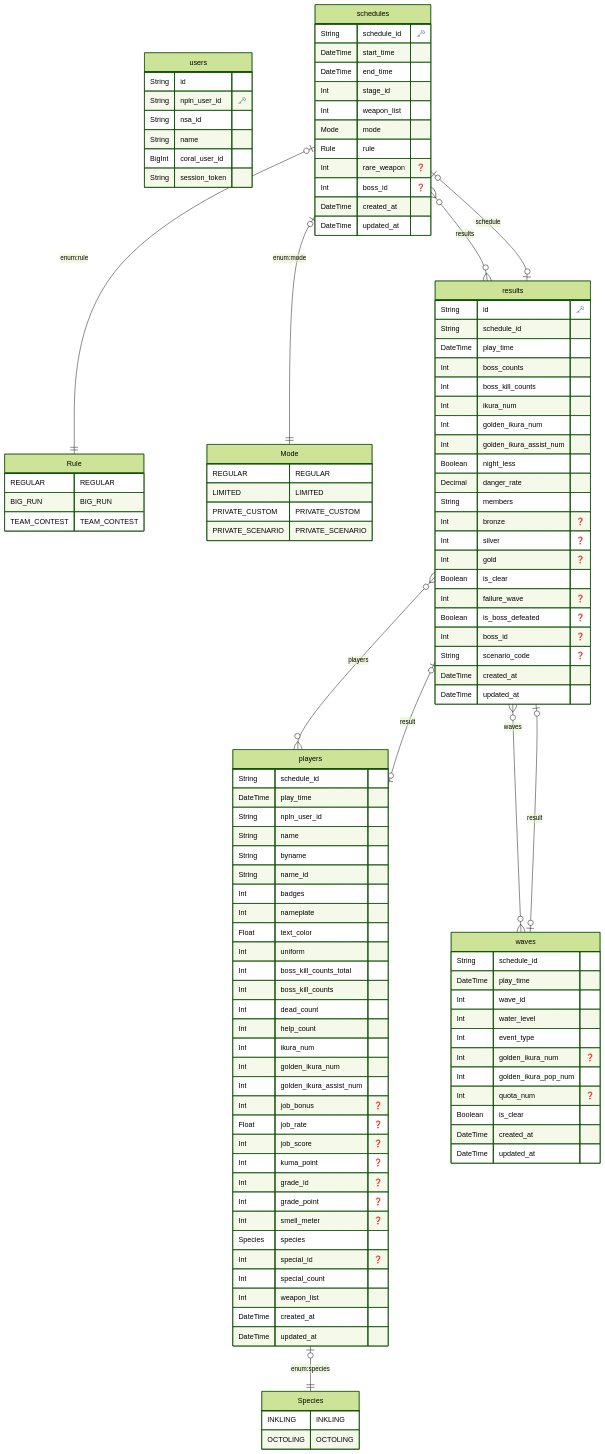
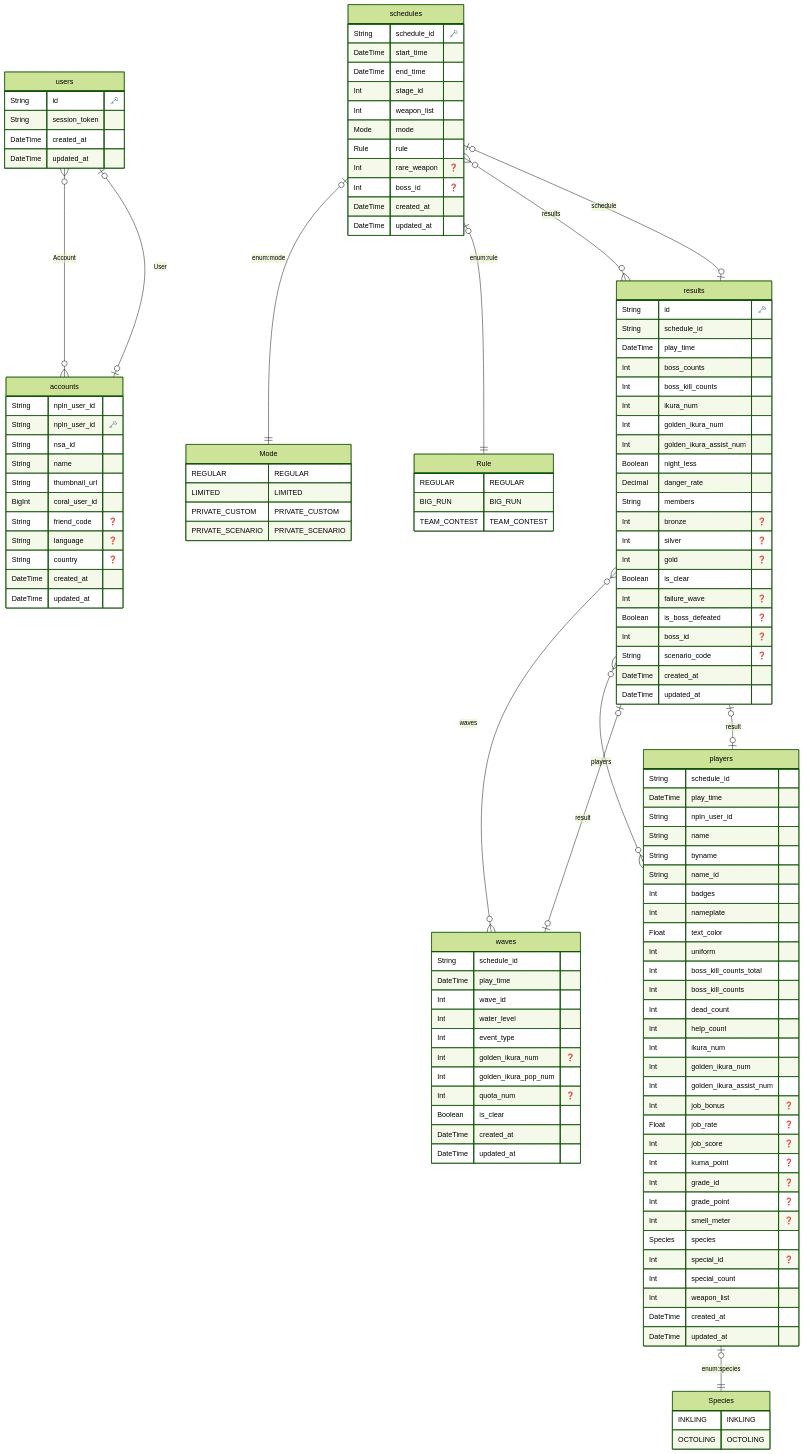
One commit to salmonstats3/av5ja_stats_api changed the diagram in prisma/erd.md. Above: the diagram before and after it, drawn with Mermaid (forest theme).

Commit message:
Update prisma generate

```diff
--- a/prisma/erd.md
+++ b/prisma/erd.md
@@ -24,12 +24,25 @@
         }
     
   "users" {
-    String id 
+    String id "🗝️"
+    String session_token 
+    DateTime created_at 
+    DateTime updated_at 
+    }
+  
+
+  "accounts" {
+    String npln_user_id 
     String npln_user_id "🗝️"
     String nsa_id 
     String name 
+    String thumbnail_url 
     BigInt coral_user_id 
-    String session_token 
+    String friend_code "❓"
+    String language "❓"
+    String country "❓"
+    DateTime created_at 
+    DateTime updated_at 
     }
   
 
@@ -121,6 +134,8 @@
     DateTime updated_at 
     }
   
+    "users" o{--}o "accounts" : "Account"
+    "accounts" o|--|o "users" : "User"
     "schedules" o|--|| "Mode" : "enum:mode"
     "schedules" o|--|| "Rule" : "enum:rule"
     "schedules" o{--}o "results" : "results"
```
